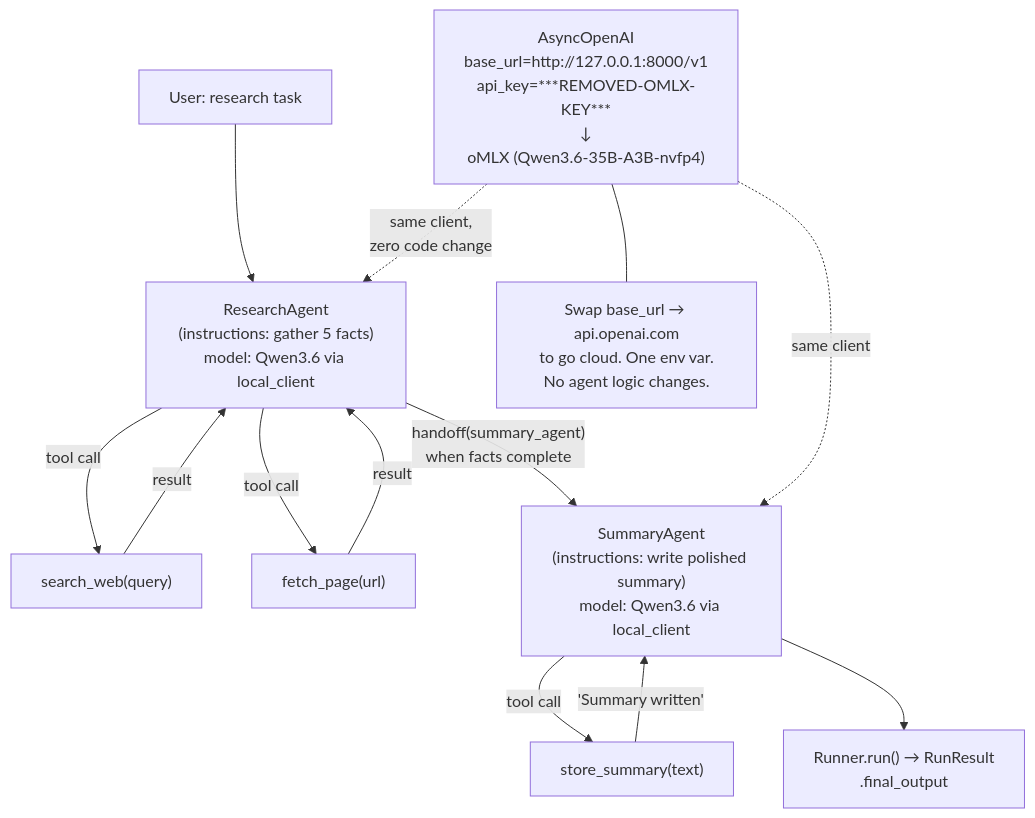
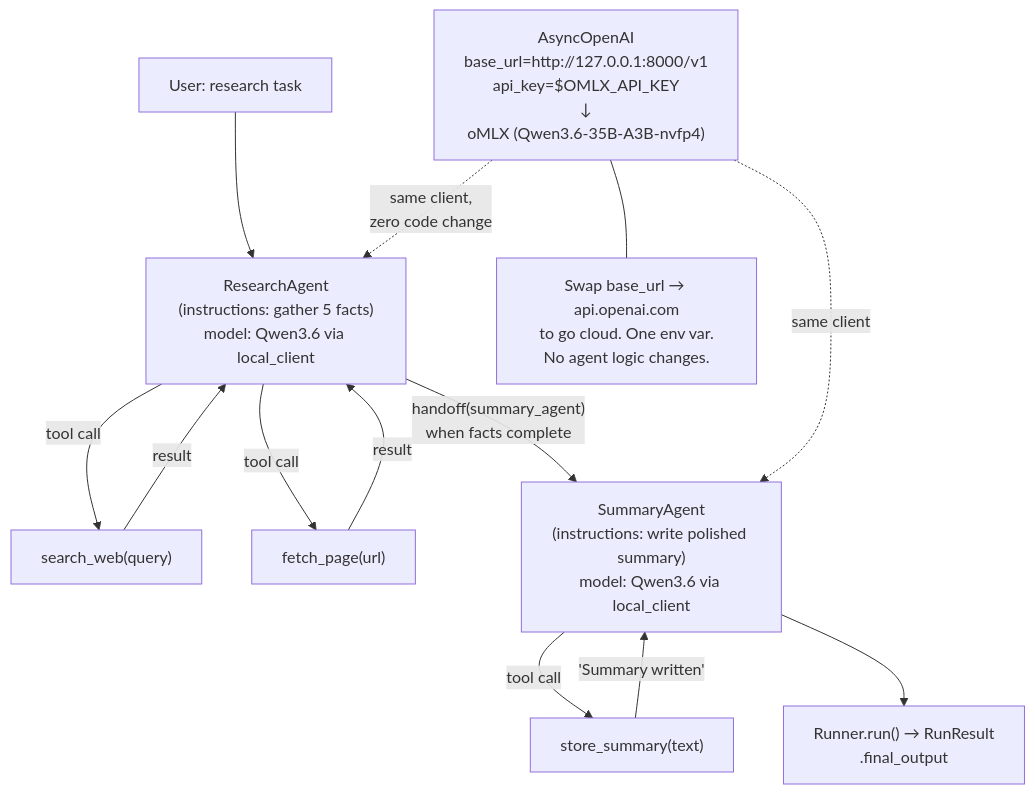
Before and after one commit to shaneliuyx/agent-development-curriculum: the third of 4 diagrams in Week 10 - Framework Shootout.md, drawn with Mermaid. The commit also changed other lines of this file and 8 other files, not shown here.

First line of the commit message:
security: remove hardcoded oMLX key from chapters (use env)

````diff
--- a/Week 10 - Framework Shootout.md
+++ b/Week 10 - Framework Shootout.md
@@ -145,23 +145,23 @@
 ```mermaid
 flowchart TD
     User["User: research task"] --> RA["ResearchAgent<br/>(instructions: gather 5 facts)<br/>model: Qwen3.6 via local_client"]
 
-    local_client["AsyncOpenAI<br/>base_url=http://127.0.0.1:8000/v1<br/>api_key=***REMOVED-OMLX-KEY***<br/>↓<br/>oMLX (Qwen3.6-35B-A3B-nvfp4)"]
+    local_client["AsyncOpenAI<br/>base_url=http://127.0.0.1:8000/v1<br/>api_key=$OMLX_API_KEY<br/>↓<br/>oMLX (Qwen3.6-35B-A3B-nvfp4)"]
 
     RA -->|"tool call"| ST1["search_web(query)"]
     RA -->|"tool call"| ST2["fetch_page(url)"]
     ST1 -->|"result"| RA
     ST2 -->|"result"| RA
 
     RA -->|"handoff(summary_agent)<br/>when facts complete"| SA["SummaryAgent<br/>(instructions: write polished summary)<br/>model: Qwen3.6 via local_client"]
 
     SA -->|"tool call"| ST3["store_summary(text)"]
     ST3 -->|"'Summary written'"| SA
     SA --> Final["Runner.run() → RunResult<br/>.final_output"]
 
     local_client -.->|"same client,<br/>zero code change"| RA
     local_client -.->|"same client"| SA
 
     note1["Swap base_url → api.openai.com<br/>to go cloud. One env var.<br/>No agent logic changes."]
     local_client --- note1
 ```
````
